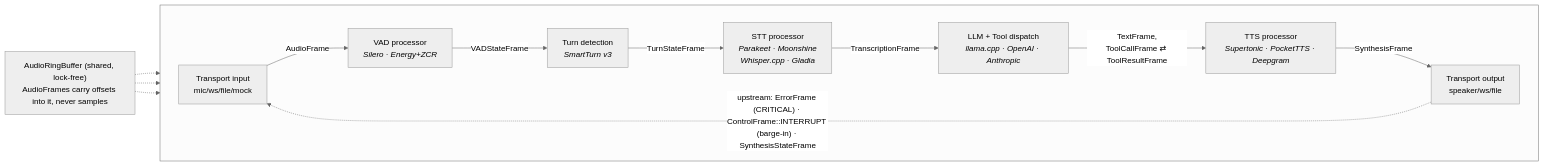
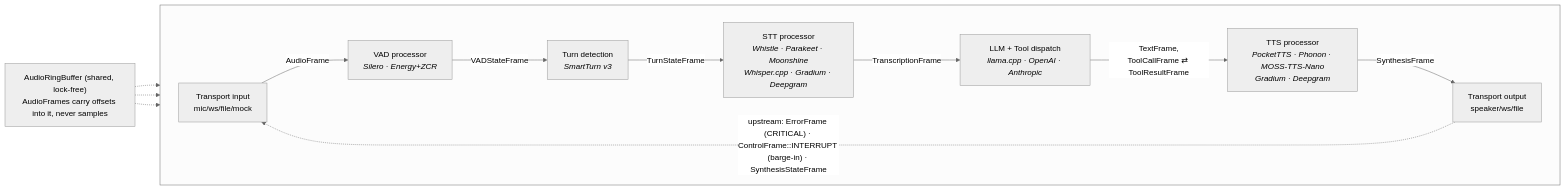
Before and after one commit to fatehmtd/VASDK: the first of 3 diagrams in README.md, drawn with Mermaid (neutral theme). The commit also changed other lines of this file and 1 other file, not shown here.

````diff
--- a/README.md
+++ b/README.md
@@ -79,28 +81,28 @@
 ```mermaid
 flowchart LR
     Ring["AudioRingBuffer (shared, lock-free)<br/>AudioFrames carry offsets into it, never samples"]
 
     subgraph Stages[" "]
         direction LR
         TIn["Transport input<br/>mic/ws/file/mock"]
         VAD["VAD processor<br/><i>Silero · Energy+ZCR</i>"]
         Turn["Turn detection<br/><i>SmartTurn v3</i>"]
-        STT["STT processor<br/><i>Parakeet · Moonshine<br/>Whisper.cpp · Gladia</i>"]
+        STT["STT processor<br/><i>Whistle · Parakeet · Moonshine<br/>Whisper.cpp · Gradium · Deepgram</i>"]
         LLM["LLM + Tool dispatch<br/><i>llama.cpp · OpenAI · Anthropic</i>"]
-        TTS["TTS processor<br/><i>Supertonic · PocketTTS · Deepgram</i>"]
+        TTS["TTS processor<br/><i>PocketTTS · Phonon · MOSS-TTS-Nano<br/>Gradium · Deepgram</i>"]
         TOut["Transport output<br/>speaker/ws/file"]
 
         TIn -->|AudioFrame| VAD
         VAD -->|VADStateFrame| Turn
         Turn -->|TurnStateFrame| STT
         STT -->|TranscriptionFrame| LLM
         LLM -->|"TextFrame,<br/>ToolCallFrame ⇄ ToolResultFrame"| TTS
         TTS -->|SynthesisFrame| TOut
     end
 
     Ring -.-> TIn
     Ring -.-> VAD
     Ring -.-> STT
 
     TOut -.->|"upstream: ErrorFrame (CRITICAL) · ControlFrame::INTERRUPT (barge-in) · SynthesisStateFrame"| TIn
 ```
````
